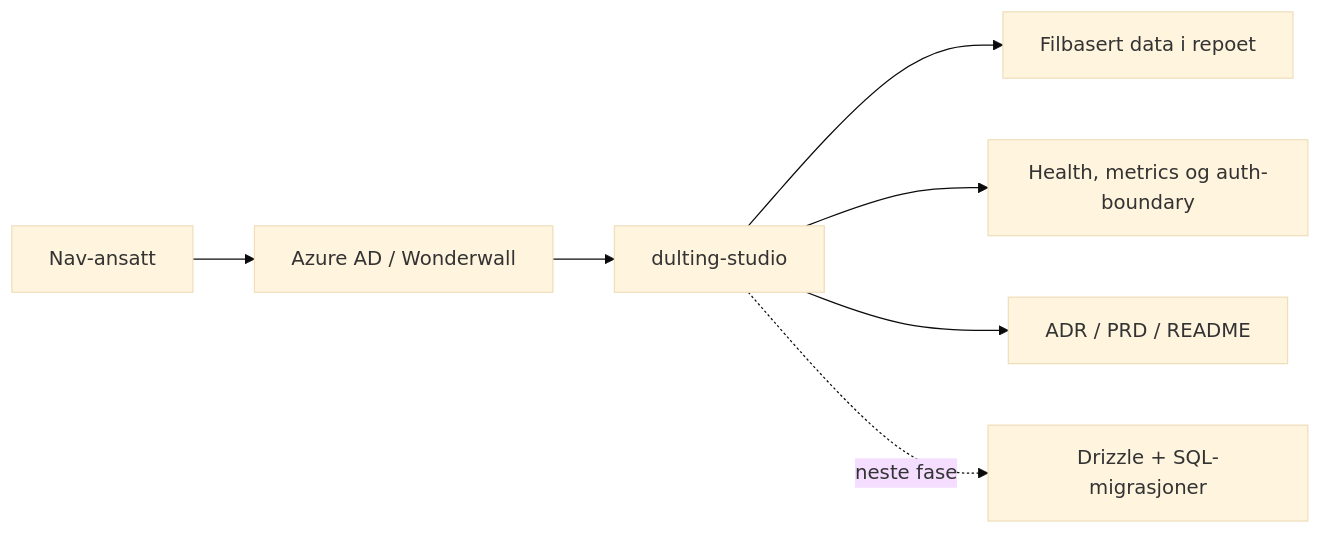
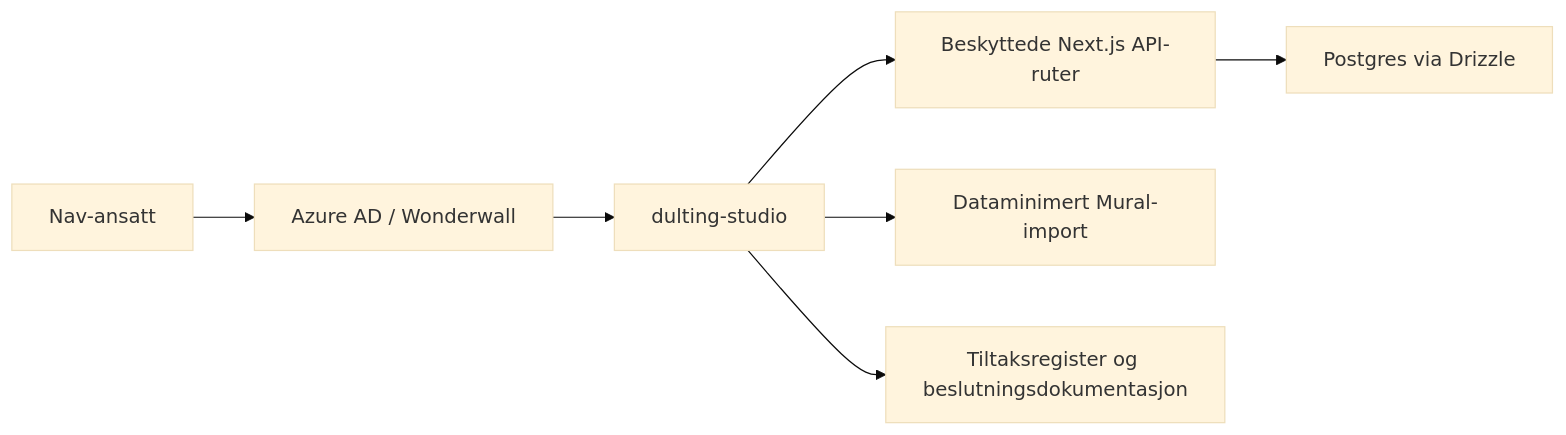
The diagram in README.md (navikt/dulting-studio), drawn with Mermaid (base theme) before and after one commit. The commit also changed other lines of this file and 4 other files, not shown here.

````diff
--- a/README.md
+++ b/README.md
@@ -25,9 +25,9 @@
 ```mermaid
 graph LR
     Ansatt["Nav-ansatt"] --> Azure["Azure AD / Wonderwall"]
     Azure --> App["dulting-studio"]
-    App --> Files["Filbasert data i repoet"]
-    App --> Shell["Health, metrics og auth-boundary"]
-    App --> Docs["ADR / PRD / README"]
-    App -. neste fase .-> Db["Drizzle + SQL-migrasjoner"]
+    App --> Api["Beskyttede Next.js API-ruter"]
+    Api --> Db["Postgres via Drizzle"]
+    App --> Import["Dataminimert Mural-import"]
+    App --> Docs["Tiltaksregister og beslutningsdokumentasjon"]
 ```
````
